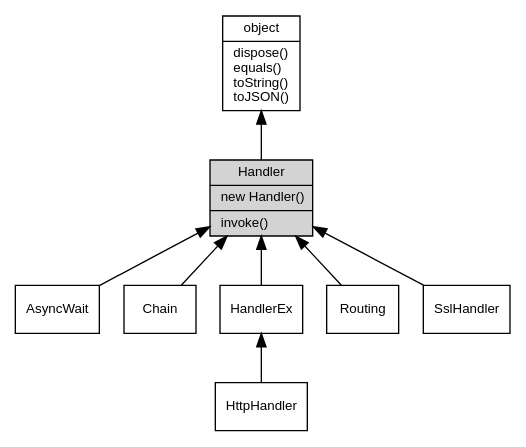
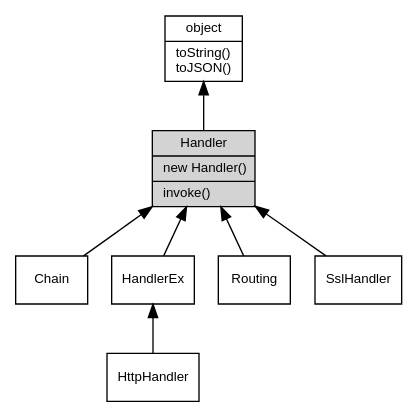
The diagram in docs/manual/object/ifs/Handler.md (fibjs/fibjs.org), drawn with Graphviz before and after one commit. The commit also changed other lines of this file and 300 other files, not shown here.

````diff
--- a/docs/manual/object/ifs/Handler.md
+++ b/docs/manual/object/ifs/Handler.md
@@ -5,22 +5,20 @@
 ```dot
 digraph {
     node [fontname="Helvetica,sans-Serif", fontsize=10, shape="record", style="filled", fillcolor="white"];
 
-    object [tooltip="object", URL="object.md", label="{object|dispose()\lequals()\ltoString()\ltoJSON()\l}"];
+    object [tooltip="object", URL="object.md", label="{object|toString()\ltoJSON()\l}"];
     Handler [tooltip="Handler", fillcolor="lightgray", id="me", label="{Handler|new Handler()\l|invoke()\l}"];
-    AsyncWait [tooltip="AsyncWait", URL="AsyncWait.md", label="{AsyncWait}"];
     Chain [tooltip="Chain", URL="Chain.md", label="{Chain}"];
     HandlerEx [tooltip="HandlerEx", URL="HandlerEx.md", label="{HandlerEx}"];
     HttpHandler [tooltip="HttpHandler", URL="HttpHandler.md", label="{HttpHandler}"];
     Routing [tooltip="Routing", URL="Routing.md", label="{Routing}"];
     SslHandler [tooltip="SslHandler", URL="SslHandler.md", label="{SslHandler}"];
 
     object -> Handler [dir=back];
-    Handler -> AsyncWait [dir=back];
     Handler -> Chain [dir=back];
     Handler -> HandlerEx [dir=back];
     HandlerEx -> HttpHandler [dir=back];
     Handler -> Routing [dir=back];
     Handler -> SslHandler [dir=back];
 }
 ```
````
